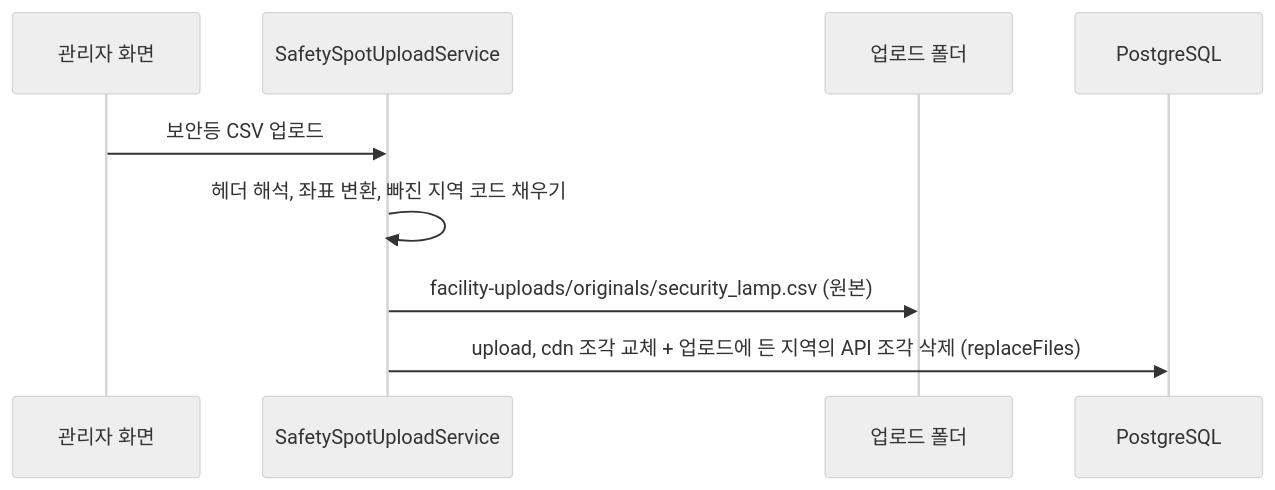
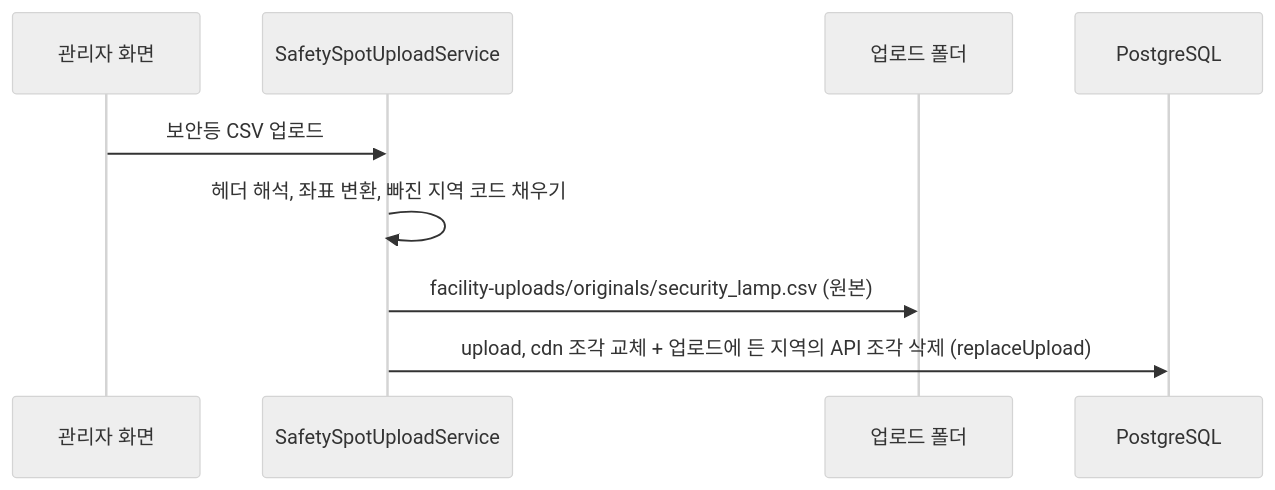
One commit to soo-ai-agent/bueongi-backend changed the third of 4 diagrams in docs/DATA_STORAGE.md. Above: the diagram before and after it, drawn with Mermaid (neutral theme). The commit also changed other lines of this file and 64 other files, not shown here.

````diff
--- a/docs/DATA_STORAGE.md
+++ b/docs/DATA_STORAGE.md
@@ -179,12 +179,12 @@
 ```mermaid
 sequenceDiagram
     participant Admin as 관리자 화면
     participant Upload as SafetySpotUploadService
     participant Disk as 업로드 폴더
     participant DB as PostgreSQL
 
     Admin->>Upload: 보안등 CSV 업로드
     Upload->>Upload: 헤더 해석, 좌표 변환, 빠진 지역 코드 채우기
     Upload->>Disk: facility-uploads/originals/security_lamp.csv (원본)
-    Upload->>DB: upload, cdn 조각 교체 + 업로드에 든 지역의 API 조각 삭제 (replaceFiles)
+    Upload->>DB: upload, cdn 조각 교체 + 업로드에 든 지역의 API 조각 삭제 (replaceUpload)
 ```
````
